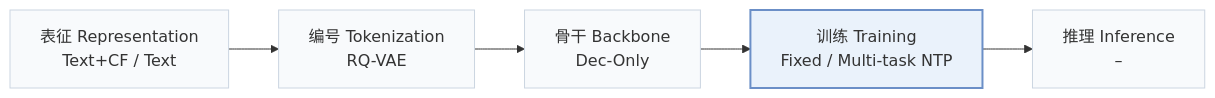
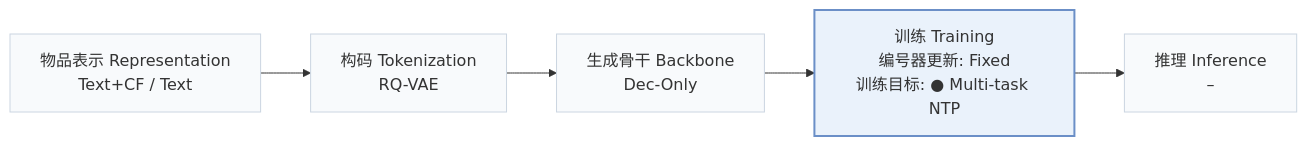
The first of 2 diagrams in pages/zh/papers/gti.md (Galaxy-ghost/Awesome-SID-Generative-Rec), drawn with Mermaid before and after one commit. The commit also changed other lines of this file and 558 other files, not shown here.

````diff
--- a/pages/zh/papers/gti.md
+++ b/pages/zh/papers/gti.md
@@ -15,8 +18,8 @@
 ```mermaid
 flowchart LR
-    R["表征 Representation<br/>Text+CF / Text"] --> T["编号 Tokenization<br/>RQ-VAE"] --> B["骨干 Backbone<br/>Dec-Only"] --> TR["训练 Training<br/>Fixed / Multi-task NTP"] --> I["推理 Inference<br/>–"]
+    R["物品表示 Representation<br/>Text+CF / Text"] --> T["构码 Tokenization<br/>RQ-VAE"] --> B["生成骨干 Backbone<br/>Dec-Only"] --> TR["训练 Training<br/>编号器更新: Fixed<br/>训练目标: ● Multi-task NTP"] --> I["推理 Inference<br/>–"]
     classDef base fill:#f8fafc,stroke:#cbd5e1
     class R,T,B,TR,I base
     classDef main fill:#eaf2fb,stroke:#6b8fc7,stroke-width:2px
     class TR main
 ```
````
